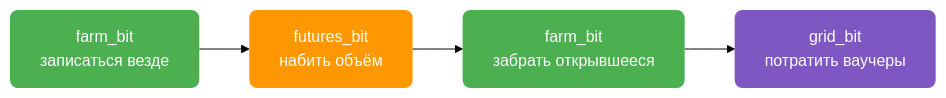
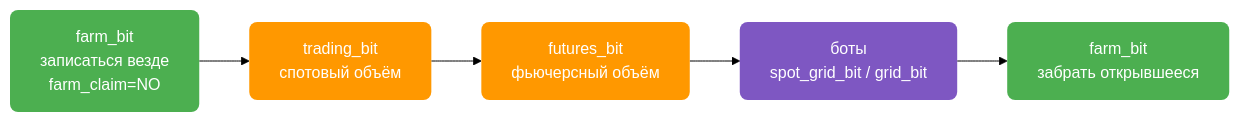
The second of 3 diagrams in src/content/docs/exchanges/bitget-autopilot/farm-progress.md (AutoPilotSoftware/docs), drawn with Mermaid (forest theme) before and after one commit. The commit also changed other lines of this file, not shown here.

````diff
--- a/src/content/docs/exchanges/bitget-autopilot/farm-progress.md
+++ b/src/content/docs/exchanges/bitget-autopilot/farm-progress.md
@@ -351,10 +424,12 @@
 ```mermaid
 flowchart LR
-    A["farm_bit<br/>записаться везде"] --> B["futures_bit<br/>набить объём"]
-    B --> C["farm_bit<br/>забрать открывшееся"]
-    C --> D["grid_bit<br/>потратить ваучеры"]
+    A["farm_bit<br/>записаться везде<br/>farm_claim=NO"] --> B["trading_bit<br/>спотовый объём"]
+    B --> C["futures_bit<br/>фьючерсный объём"]
+    C --> D["боты<br/>spot_grid_bit / grid_bit"]
+    D --> E["farm_bit<br/>забрать открывшееся"]
     style A fill:#4CAF50,color:#fff,stroke:none,rx:8
     style B fill:#FF9800,color:#fff,stroke:none,rx:8
-    style C fill:#4CAF50,color:#fff,stroke:none,rx:8
+    style C fill:#FF9800,color:#fff,stroke:none,rx:8
     style D fill:#7E57C2,color:#fff,stroke:none,rx:8
+    style E fill:#4CAF50,color:#fff,stroke:none,rx:8
 ```
````
